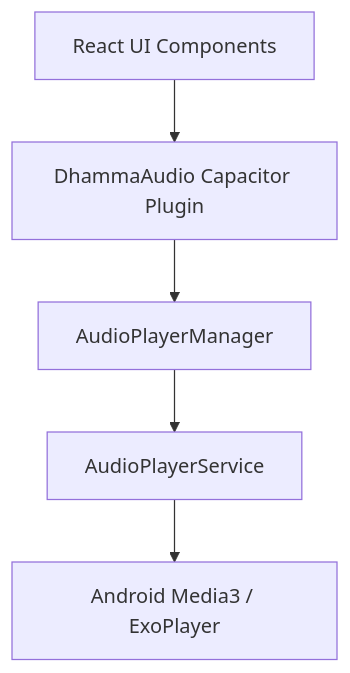
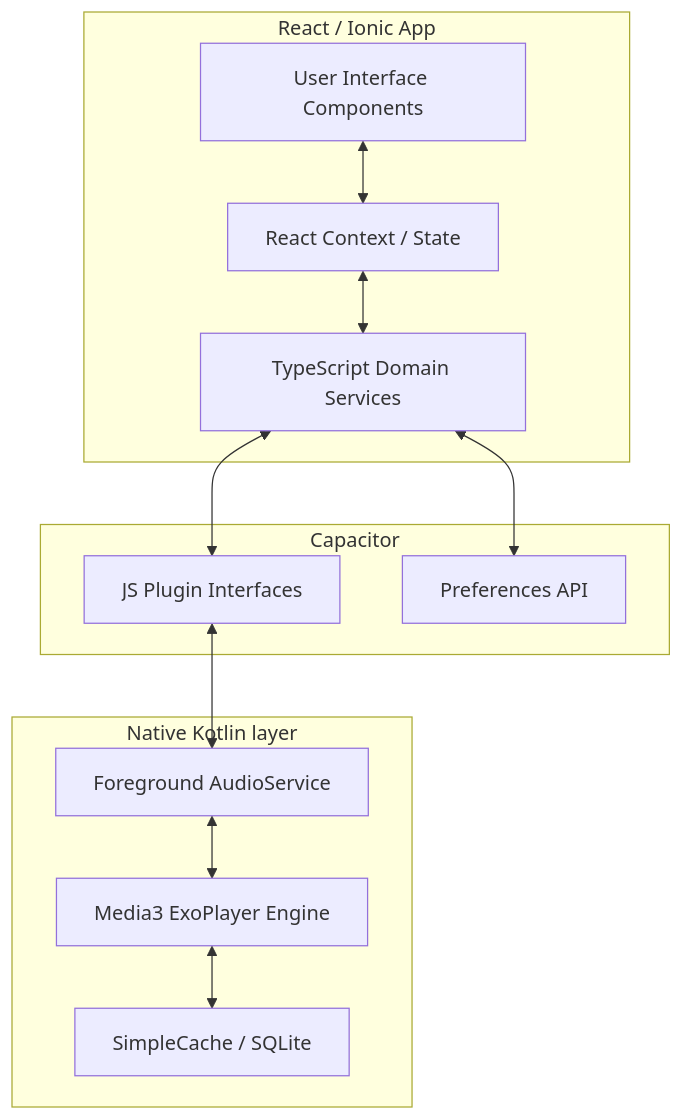
The diagram in README.md (bhushan-ai/uposath), drawn with Mermaid before and after one commit. The commit also changed other lines of this file, not shown here.

Commit message:
Docs: Complete aesthetic overhaul of README.md with updated technical architecture, features, and badges.

````diff
--- a/README.md
+++ b/README.md
@@ -79,7 +73,29 @@
 ```mermaid
 graph TD
-    UI[React UI Components] --> Plugin[DhammaAudio Capacitor Plugin]
-    Plugin --> Manager[AudioPlayerManager]
-    Manager --> Service[AudioPlayerService]
-    Service --> ExoPlayer[Android Media3 / ExoPlayer]
+    subgraph Frontend [React / Ionic App]
+        UI[User Interface Components]
+        Services[TypeScript Domain Services]
+        State[React Context / State]
+        
+        UI <--> State
+        State <--> Services
+    end
+
+    subgraph Native Bridge [Capacitor]
+        JSLink[JS Plugin Interfaces]
+        PrefLink[Preferences API]
+        
+        Services <--> JSLink
+        Services <--> PrefLink
+    end
+
+    subgraph Android OS [Native Kotlin layer]
+        AudioService[Foreground AudioService]
+        ExoPlayer[Media3 ExoPlayer Engine]
+        Cache[SimpleCache / SQLite]
+        
+        JSLink <--> AudioService
+        AudioService <--> ExoPlayer
+        ExoPlayer <--> Cache
+    end
 ```
````
